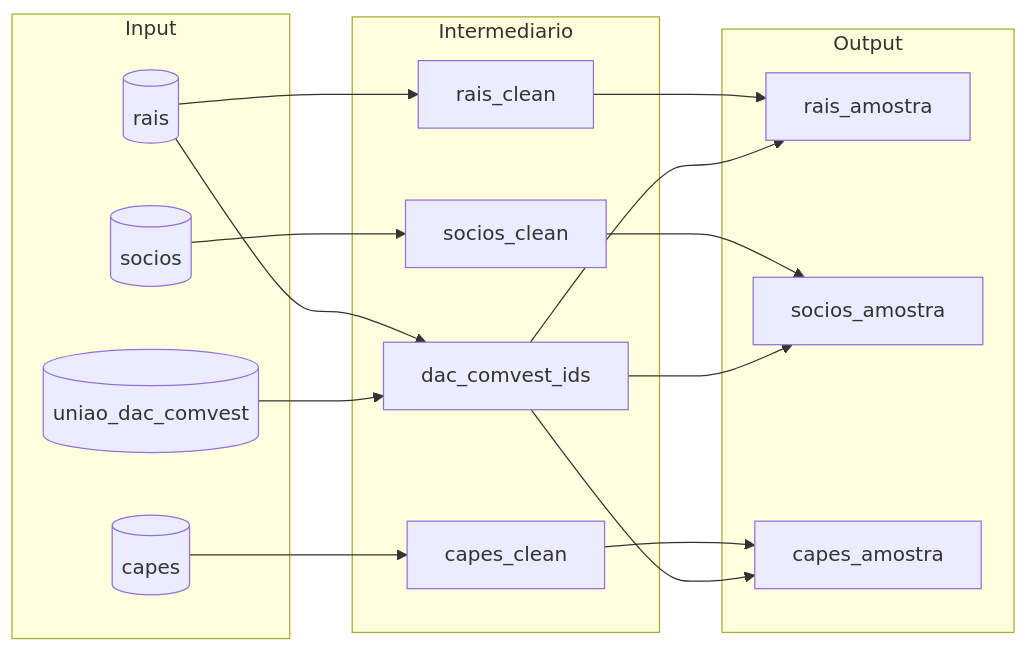
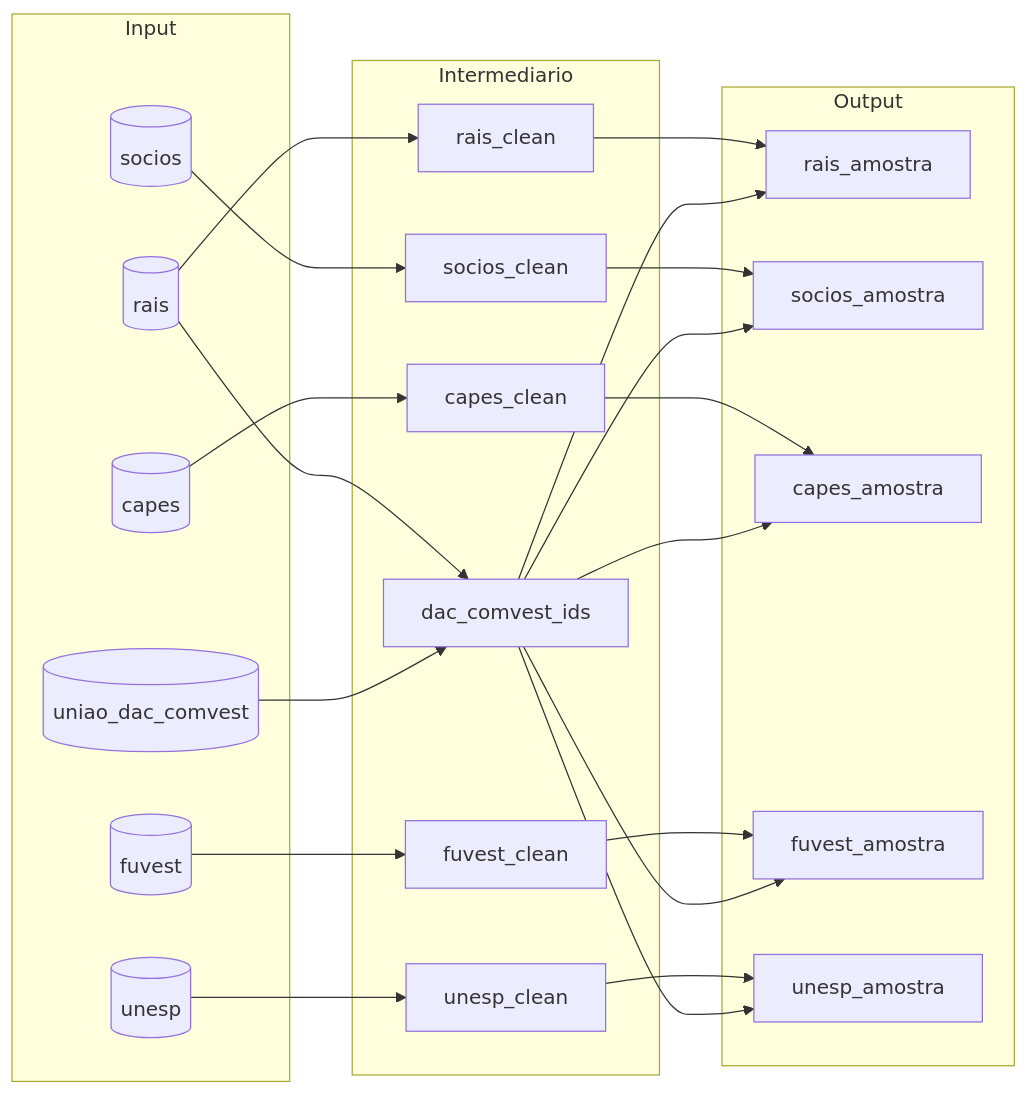
One commit to rjazevedo/dados-unicamp changed the diagram in rais/flowchart.md. Above: the diagram before and after it, drawn with Mermaid.

Commit message:
Adiciona Fuvest e Unesp ao flowchart

````diff
--- a/rais/flowchart.md
+++ b/rais/flowchart.md
@@ -1,32 +1,42 @@
 ```mermaid
 flowchart LR
     subgraph Input
     uniao_dac_comvest[(uniao_dac_comvest)]
     rais[(rais)]
     socios[(socios)]
     capes[(capes)]
+    fuvest[(fuvest)]
+    unesp[(unesp)]
     end
 
     subgraph Intermediario
     dac_comvest_ids[dac_comvest_ids]
     rais_clean[rais_clean]
     socios_clean[socios_clean]
     capes_clean[capes_clean]
+    fuvest_clean[fuvest_clean]
+    unesp_clean[unesp_clean]
 
     end
     
     subgraph Output
     rais_amostra[rais_amostra]
     socios_amostra[socios_amostra]
     capes_amostra[capes_amostra]
+    fuvest_amostra[fuvest_amostra]
+    unesp_amostra[unesp_amostra]
     end
 
     rais & uniao_dac_comvest --> dac_comvest_ids
     rais --> rais_clean
     socios --> socios_clean
     capes --> capes_clean
+    fuvest --> fuvest_clean
+    unesp --> unesp_clean
 
     rais_clean & dac_comvest_ids --> rais_amostra
     socios_clean & dac_comvest_ids --> socios_amostra
     capes_clean & dac_comvest_ids --> capes_amostra
+    fuvest_clean & dac_comvest_ids --> fuvest_amostra
+    unesp_clean & dac_comvest_ids --> unesp_amostra
 ```
````
